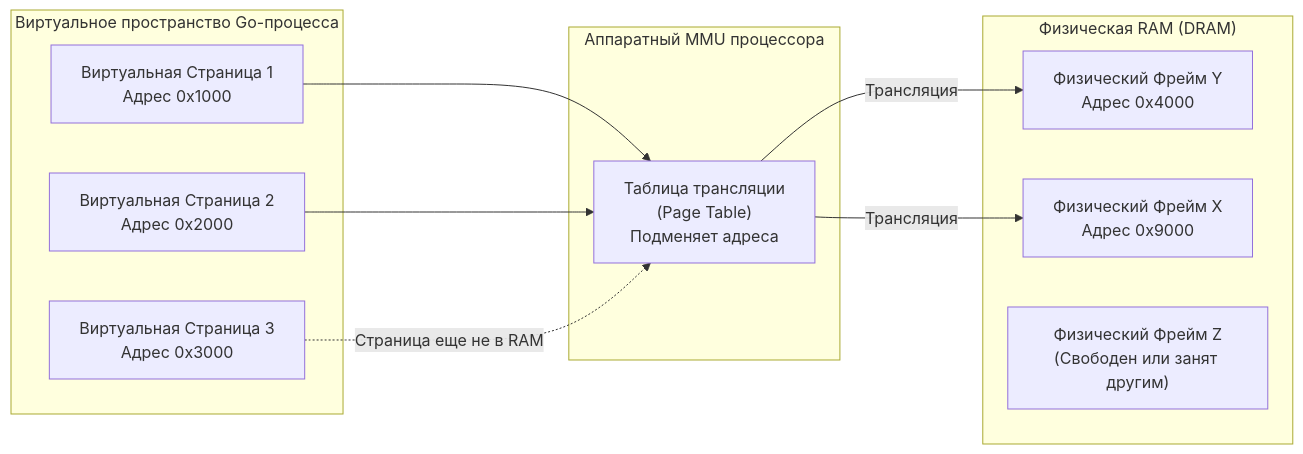
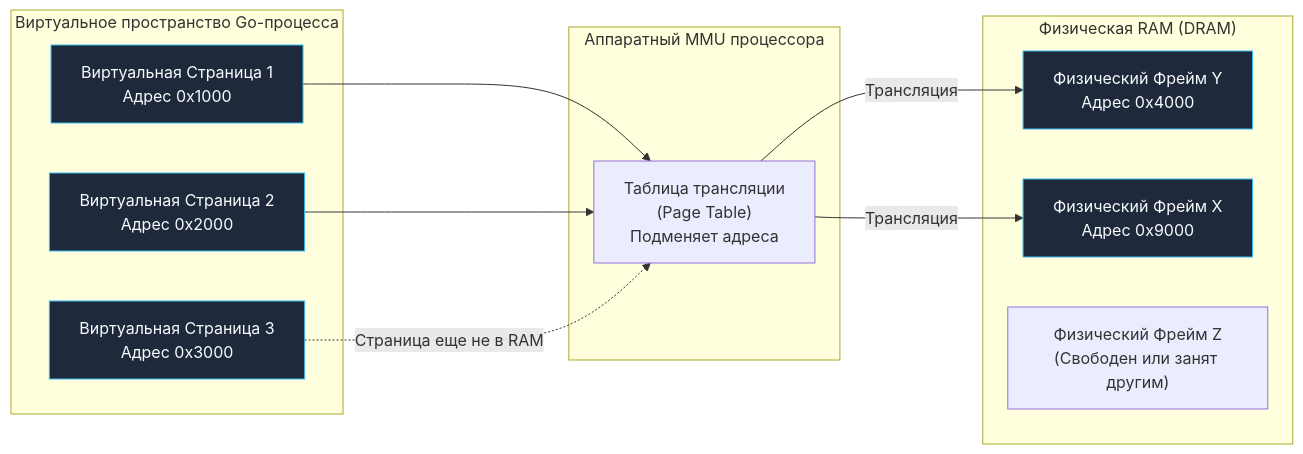
The diagram in sources/1. Архитектура компьютера/27. Виртуальная память. Взгляд со стороны железа.md (UnrealTemplier/go-textbook), drawn with Mermaid before and after one commit. The commit also changed 1666 other files, not shown here.

First line of the commit message:
feat(mermaid): add semantic color classDef to 1369 colorless flowchart/graph diagrams

````diff
--- a/sources/1. Архитектура компьютера/27. Виртуальная память. Взгляд со стороны железа.md
+++ b/sources/1. Архитектура компьютера/27. Виртуальная память. Взгляд со стороны железа.md
@@ -74,22 +74,32 @@
 ```mermaid
 flowchart LR
+    classDef process  fill:#1e293b,stroke:#38bdf8,stroke-width:1px,color:#f8fafc
+    classDef success  fill:#064e3b,stroke:#34d399,stroke-width:1px,color:#f8fafc
+    classDef error    fill:#7f1d1d,stroke:#f87171,stroke-width:1px,color:#f8fafc
+    classDef warning  fill:#78350f,stroke:#fbbf24,stroke-width:1px,color:#f8fafc
+    classDef entry    fill:#1e3a5f,stroke:#38bdf8,stroke-width:2px,color:#f8fafc
+    classDef aux      fill:#334155,stroke:#64748b,stroke-width:1px,color:#f8fafc
+    classDef system   fill:#312e81,stroke:#a78bfa,stroke-width:1px,color:#f8fafc
+    classDef data     fill:#132d29,stroke:#2dd4bf,stroke-width:1px,color:#f8fafc
+    classDef network  fill:#881337,stroke:#fb7185,stroke-width:1px,color:#f8fafc
+    classDef accent   fill:#1e1b4b,stroke:#818cf8,stroke-width:1px,color:#f8fafc
     subgraph Process["Виртуальное пространство Go-процесса"]
-        VP1["Виртуальная Страница 1<br>Адрес 0x1000"]
-        VP2["Виртуальная Страница 2<br>Адрес 0x2000"]
-        VP3["Виртуальная Страница 3<br>Адрес 0x3000"]
+        VP1["Виртуальная Страница 1<br>Адрес 0x1000"]:::process
+        VP2["Виртуальная Страница 2<br>Адрес 0x2000"]:::process
+        VP3["Виртуальная Страница 3<br>Адрес 0x3000"]:::process
     end
 
     subgraph Hardware["Аппаратный MMU процессора"]
         Map["Таблица трансляции<br>(Page Table)<br>Подменяет адреса"]
     end
 
     subgraph RAM["Физическая RAM (DRAM)"]
-        PF2["Физический Фрейм Y<br>Адрес 0x4000"]
-        PF1["Физический Фрейм X<br>Адрес 0x9000"]
+        PF2["Физический Фрейм Y<br>Адрес 0x4000"]:::process
+        PF1["Физический Фрейм X<br>Адрес 0x9000"]:::process
         PF3["Физический Фрейм Z<br>(Свободен или занят другим)"]
     end
 
     VP1 --> Map -->|Трансляция| PF2
     VP2 --> Map -->|Трансляция| PF1
     VP3 -.->|Страница еще не в RAM| Map
 ```
````
